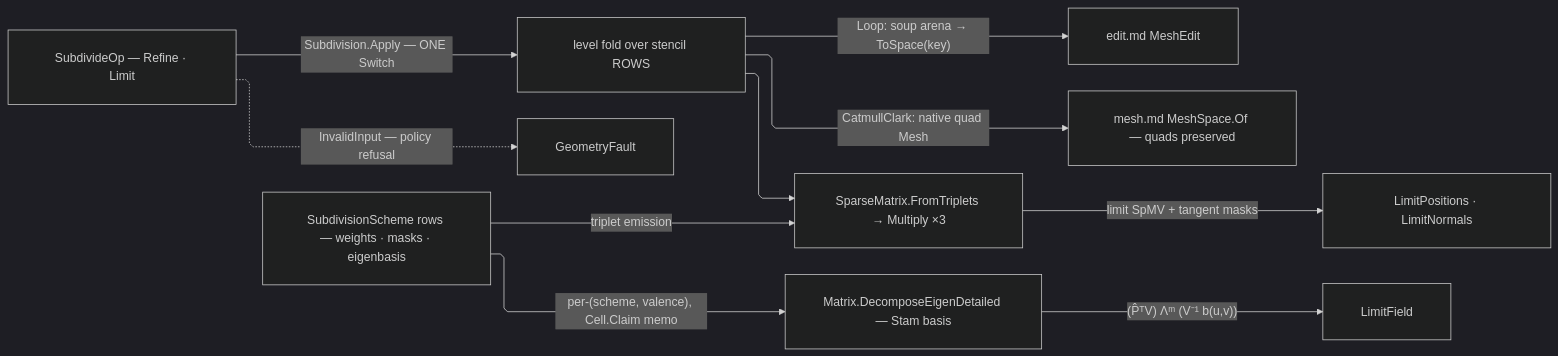
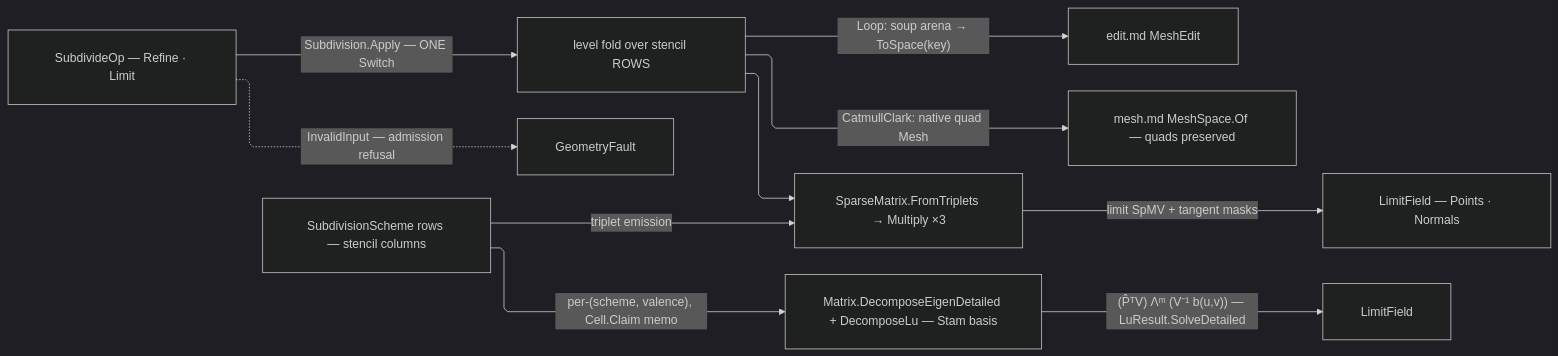
Before and after one commit to bsamiee/Rasm: the diagram in libs/dotnet/Rasm/.planning/Parametric/subdivide.md, drawn with Mermaid (dark theme). The commit also changed other lines of this file and 47 other files, not shown here.

````diff
--- a/libs/dotnet/Rasm/.planning/Parametric/subdivide.md
+++ b/libs/dotnet/Rasm/.planning/Parametric/subdivide.md
@@ -173,21 +167,21 @@
 ```mermaid
 ---
 config:
   layout: elk
   flowchart:
     curve: linear
     padding: 25
 ---
 flowchart LR
     accTitle: Subdivision refinement and limit lanes
     accDescr: SubdivideOp requests fold through one Apply over scheme stencil rows into the sparse operator, publish through the arena or MeshSpace, and the Stam eigen lane serves limit samples.
     Op["SubdivideOp — Refine · Limit"] -->|"Subdivision.Apply — ONE Switch"| Fold["level fold over stencil ROWS"]
-    Scheme["SubdivisionScheme rows — weights · masks · eigenbasis"] -->|"triplet emission"| Operator["SparseMatrix.FromTriplets → Multiply ×3"]
+    Scheme["SubdivisionScheme rows — stencil columns"] -->|"triplet emission"| Operator["SparseMatrix.FromTriplets → Multiply ×3"]
     Fold --> Operator
-    Operator -->|"limit SpMV + tangent masks"| Columns["LimitPositions · LimitNormals"]
+    Operator -->|"limit SpMV + tangent masks"| Columns["LimitField — Points · Normals"]
     Fold -->|"Loop: soup arena → ToSpace(key)"| Arena["edit.md MeshEdit"]
     Fold -->|"CatmullClark: native quad Mesh"| Space["mesh.md MeshSpace.Of — quads preserved"]
-    Scheme -->|"per-(scheme, valence), Cell.Claim memo"| Stam["Matrix.DecomposeEigenDetailed — Stam basis"]
-    Stam -->|"(P̂ᵀV) Λᵐ (V⁻¹ b(u,v))"| LimitField
-    Op -.->|"InvalidInput — policy refusal"| GeometryFault
+    Scheme -->|"per-(scheme, valence), Cell.Claim memo"| Stam["Matrix.DecomposeEigenDetailed + DecomposeLu — Stam basis"]
+    Stam -->|"(P̂ᵀV) Λᵐ (V⁻¹ b(u,v)) — LuResult.SolveDetailed"| LimitField
+    Op -.->|"InvalidInput — admission refusal"| GeometryFault
 ```
````
